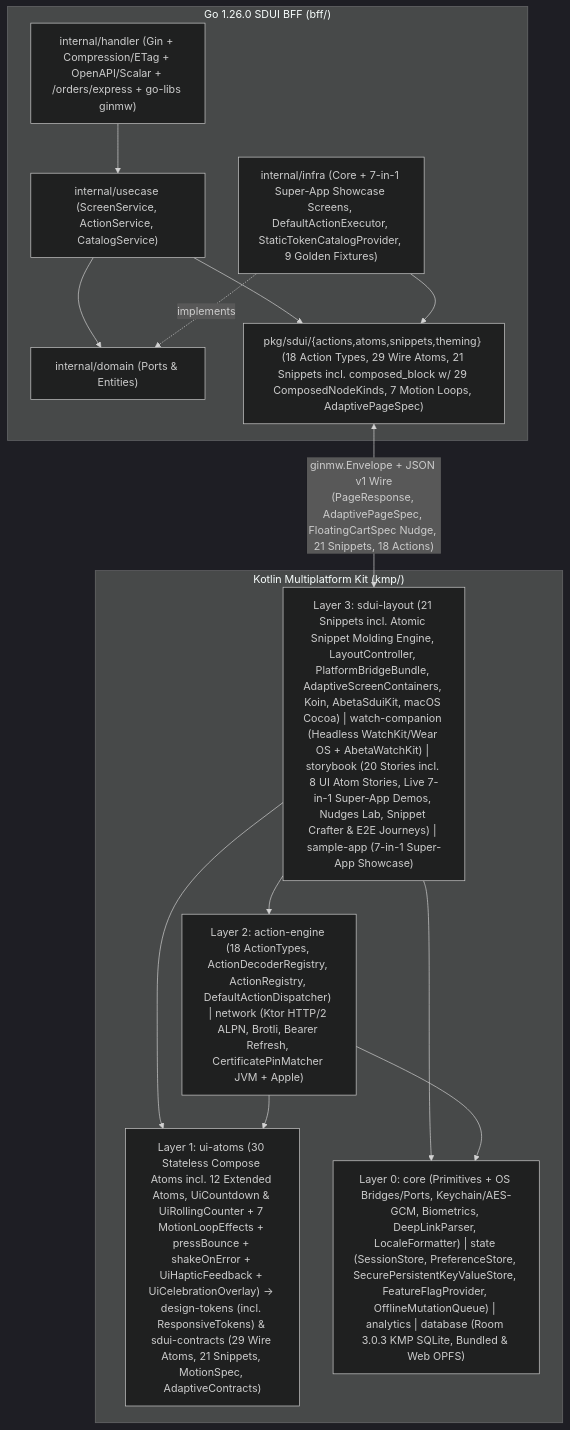
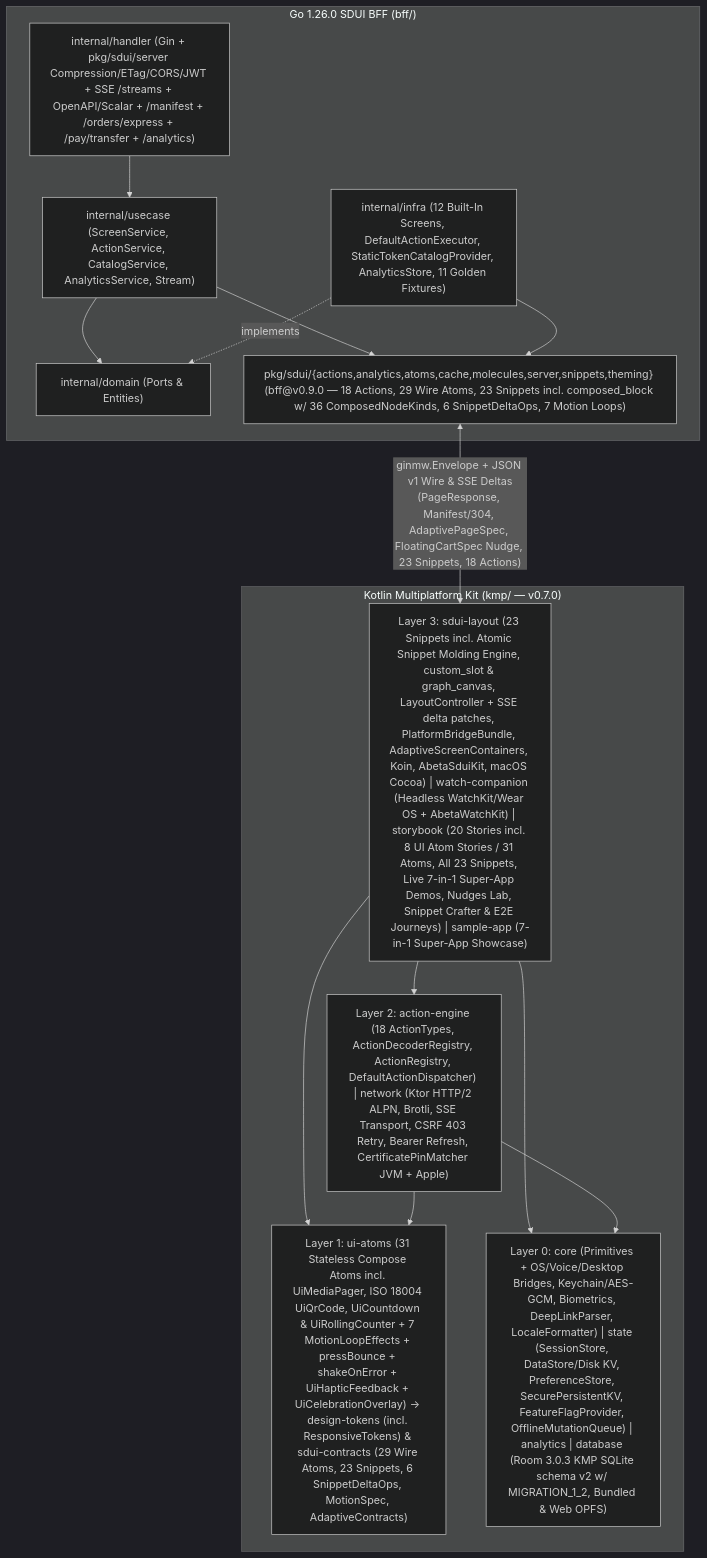
One commit to Abeta-dev/kmp changed the diagram in README.md. Above: the diagram before and after it, drawn with Mermaid (dark theme). The commit also changed other lines of this file and 314 other files, not shown here.

````diff
--- a/README.md
+++ b/README.md
@@ -43,29 +43,29 @@
 ```mermaid
 flowchart TB
     subgraph BFF["Go 1.26.0 SDUI BFF (bff/)"]
-        BFF_H["internal/handler (Gin + Compression/ETag + OpenAPI/Scalar + /orders/express + go-libs ginmw)"]
-        BFF_U["internal/usecase (ScreenService, ActionService, CatalogService)"]
+        BFF_H["internal/handler (Gin + pkg/sdui/server Compression/ETag/CORS/JWT + SSE /streams + OpenAPI/Scalar + /manifest + /orders/express + /pay/transfer + /analytics)"]
+        BFF_U["internal/usecase (ScreenService, ActionService, CatalogService, AnalyticsService, Stream)"]
         BFF_D["internal/domain (Ports & Entities)"]
-        BFF_I["internal/infra (Core + 7-in-1 Super-App Showcase Screens, DefaultActionExecutor, StaticTokenCatalogProvider, 9 Golden Fixtures)"]
-        BFF_P["pkg/sdui/{actions,atoms,snippets,theming} (18 Action Types, 29 Wire Atoms, 21 Snippets incl. composed_block w/ 29 ComposedNodeKinds, 7 Motion Loops, AdaptivePageSpec)"]
+        BFF_I["internal/infra (12 Built-In Screens, DefaultActionExecutor, StaticTokenCatalogProvider, AnalyticsStore, 11 Golden Fixtures)"]
+        BFF_P["pkg/sdui/{actions,analytics,atoms,cache,molecules,server,snippets,theming} (bff@v0.9.0 — 18 Actions, 29 Wire Atoms, 23 Snippets incl. composed_block w/ 36 ComposedNodeKinds, 6 SnippetDeltaOps, 7 Motion Loops)"]
         BFF_H --> BFF_U --> BFF_D
         BFF_I -. "implements" .-> BFF_D
         BFF_U --> BFF_P
         BFF_I --> BFF_P
     end
 
-    subgraph KMP["Kotlin Multiplatform Kit (kmp/)"]
-        L3["Layer 3: sdui-layout (21 Snippets incl. Atomic Snippet Molding Engine, LayoutController, PlatformBridgeBundle, AdaptiveScreenContainers, Koin, AbetaSduiKit, macOS Cocoa) | watch-companion (Headless WatchKit/Wear OS + AbetaWatchKit) | storybook (20 Stories incl. 8 UI Atom Stories, Live 7-in-1 Super-App Demos, Nudges Lab, Snippet Crafter & E2E Journeys) | sample-app (7-in-1 Super-App Showcase)"]
-        L2["Layer 2: action-engine (18 ActionTypes, ActionDecoderRegistry, ActionRegistry, DefaultActionDispatcher) | network (Ktor HTTP/2 ALPN, Brotli, Bearer Refresh, CertificatePinMatcher JVM + Apple)"]
-        L1["Layer 1: ui-atoms (30 Stateless Compose Atoms incl. 12 Extended Atoms, UiCountdown & UiRollingCounter + 7 MotionLoopEffects + pressBounce + shakeOnError + UiHapticFeedback + UiCelebrationOverlay) -> design-tokens (incl. ResponsiveTokens) & sdui-contracts (29 Wire Atoms, 21 Snippets, MotionSpec, AdaptiveContracts)"]
-        L0["Layer 0: core (Primitives + OS Bridges/Ports, Keychain/AES-GCM, Biometrics, DeepLinkParser, LocaleFormatter) | state (SessionStore, PreferenceStore, SecurePersistentKeyValueStore, FeatureFlagProvider, OfflineMutationQueue) | analytics | database (Room 3.0.3 KMP SQLite, Bundled & Web OPFS)"]
+    subgraph KMP["Kotlin Multiplatform Kit (kmp/ — v0.7.0)"]
+        L3["Layer 3: sdui-layout (23 Snippets incl. Atomic Snippet Molding Engine, custom_slot & graph_canvas, LayoutController + SSE delta patches, PlatformBridgeBundle, AdaptiveScreenContainers, Koin, AbetaSduiKit, macOS Cocoa) | watch-companion (Headless WatchKit/Wear OS + AbetaWatchKit) | storybook (20 Stories incl. 8 UI Atom Stories / 31 Atoms, All 23 Snippets, Live 7-in-1 Super-App Demos, Nudges Lab, Snippet Crafter & E2E Journeys) | sample-app (7-in-1 Super-App Showcase)"]
+        L2["Layer 2: action-engine (18 ActionTypes, ActionDecoderRegistry, ActionRegistry, DefaultActionDispatcher) | network (Ktor HTTP/2 ALPN, Brotli, SSE Transport, CSRF 403 Retry, Bearer Refresh, CertificatePinMatcher JVM + Apple)"]
+        L1["Layer 1: ui-atoms (31 Stateless Compose Atoms incl. UiMediaPager, ISO 18004 UiQrCode, UiCountdown & UiRollingCounter + 7 MotionLoopEffects + pressBounce + shakeOnError + UiHapticFeedback + UiCelebrationOverlay) -> design-tokens (incl. ResponsiveTokens) & sdui-contracts (29 Wire Atoms, 23 Snippets, 6 SnippetDeltaOps, MotionSpec, AdaptiveContracts)"]
+        L0["Layer 0: core (Primitives + OS/Voice/Desktop Bridges, Keychain/AES-GCM, Biometrics, DeepLinkParser, LocaleFormatter) | state (SessionStore, DataStore/Disk KV, PreferenceStore, SecurePersistentKV, FeatureFlagProvider, OfflineMutationQueue) | analytics | database (Room 3.0.3 KMP SQLite schema v2 w/ MIGRATION_1_2, Bundled & Web OPFS)"]
 
         L3 --> L2
         L3 --> L1
         L3 --> L0
         L2 --> L0
         L2 --> L1
     end
 
-    BFF_P <-- "ginmw.Envelope + JSON v1 Wire\n(PageResponse, AdaptivePageSpec, FloatingCartSpec Nudge, 21 Snippets, 18 Actions)" --> L3
+    BFF_P <-- "ginmw.Envelope + JSON v1 Wire & SSE Deltas\n(PageResponse, Manifest/304, AdaptivePageSpec, FloatingCartSpec Nudge, 23 Snippets, 18 Actions)" --> L3
 ```
````
